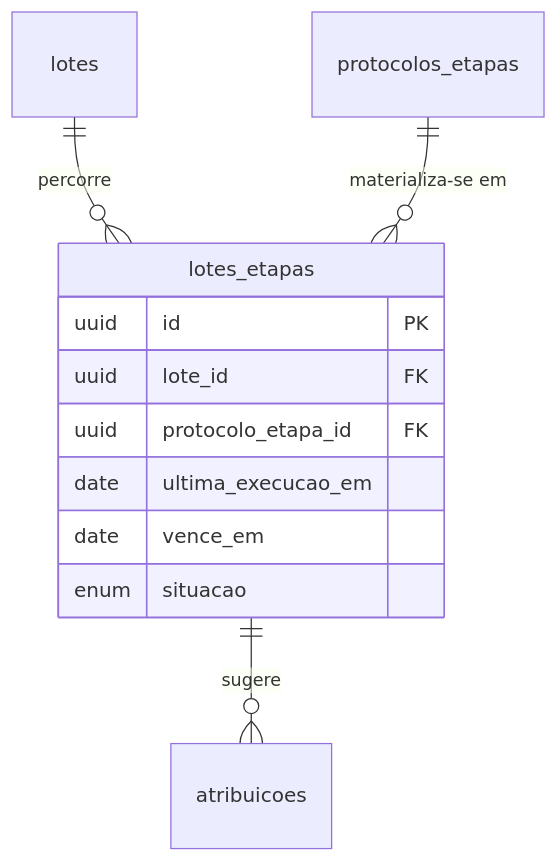
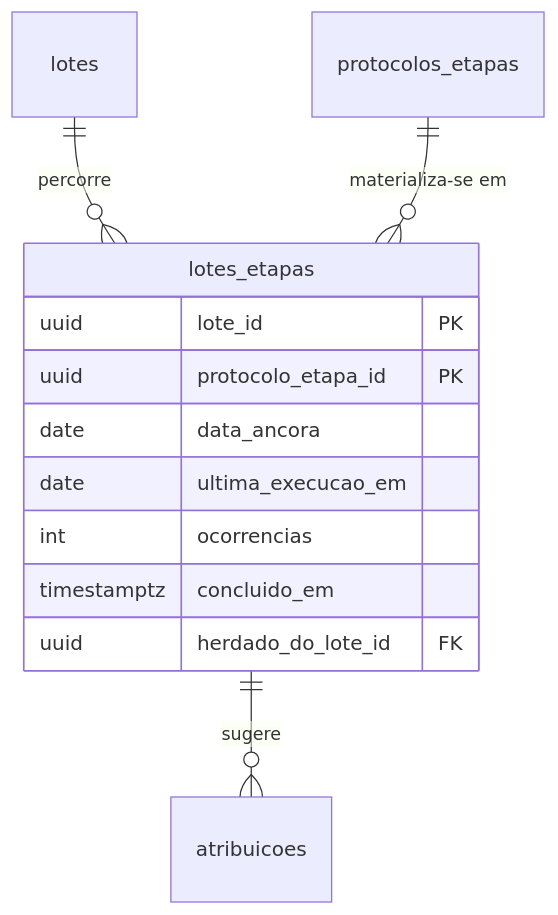
The diagram in docs/engenharia/modelo-dados-pt/mmd/fig16-producao-protocolo-do-lote.mmd (JoaoMudar/tcc), drawn with Mermaid before and after one commit. The commit also changed 18 other files, not shown here.

```diff
--- a/docs/engenharia/modelo-dados-pt/mmd/fig16-producao-protocolo-do-lote.mmd
+++ b/docs/engenharia/modelo-dados-pt/mmd/fig16-producao-protocolo-do-lote.mmd
@@ -1,16 +1,17 @@
 erDiagram
   lotes_etapas {
-    uuid id PK
-    uuid lote_id FK
-    uuid protocolo_etapa_id FK
-    date ultima_execucao_em
-    date vence_em
-    enum situacao
+    uuid        lote_id PK
+    uuid        protocolo_etapa_id PK
+    date        data_ancora
+    date        ultima_execucao_em
+    int         ocorrencias
+    timestamptz concluido_em
+    uuid        herdado_do_lote_id FK
   }
   lotes {}
   protocolos_etapas {}
   atribuicoes {}
 
   lotes             ||--o{ lotes_etapas : "percorre"
   protocolos_etapas ||--o{ lotes_etapas : "materializa-se em"
   lotes_etapas      ||--o{ atribuicoes  : "sugere"
```
